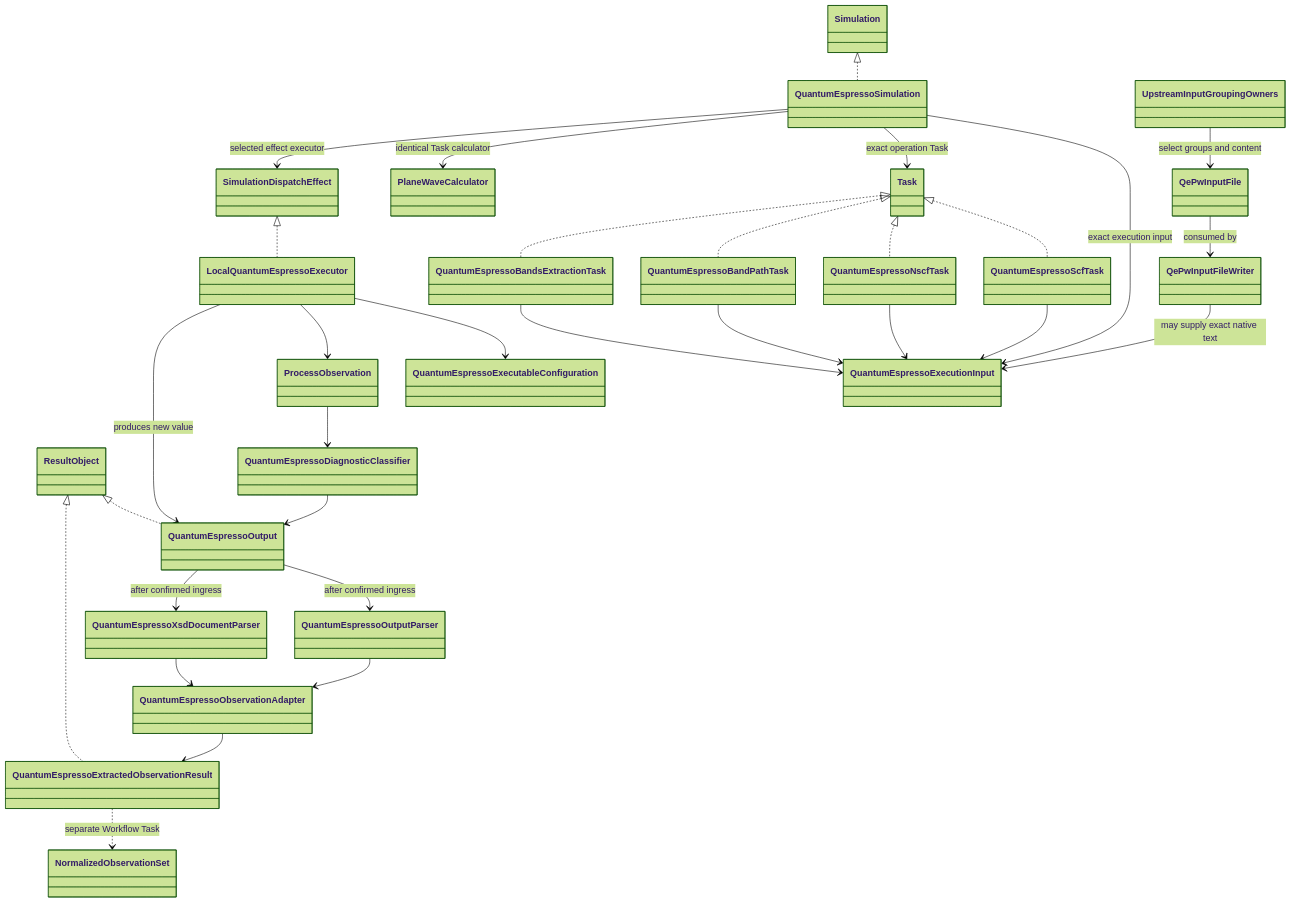
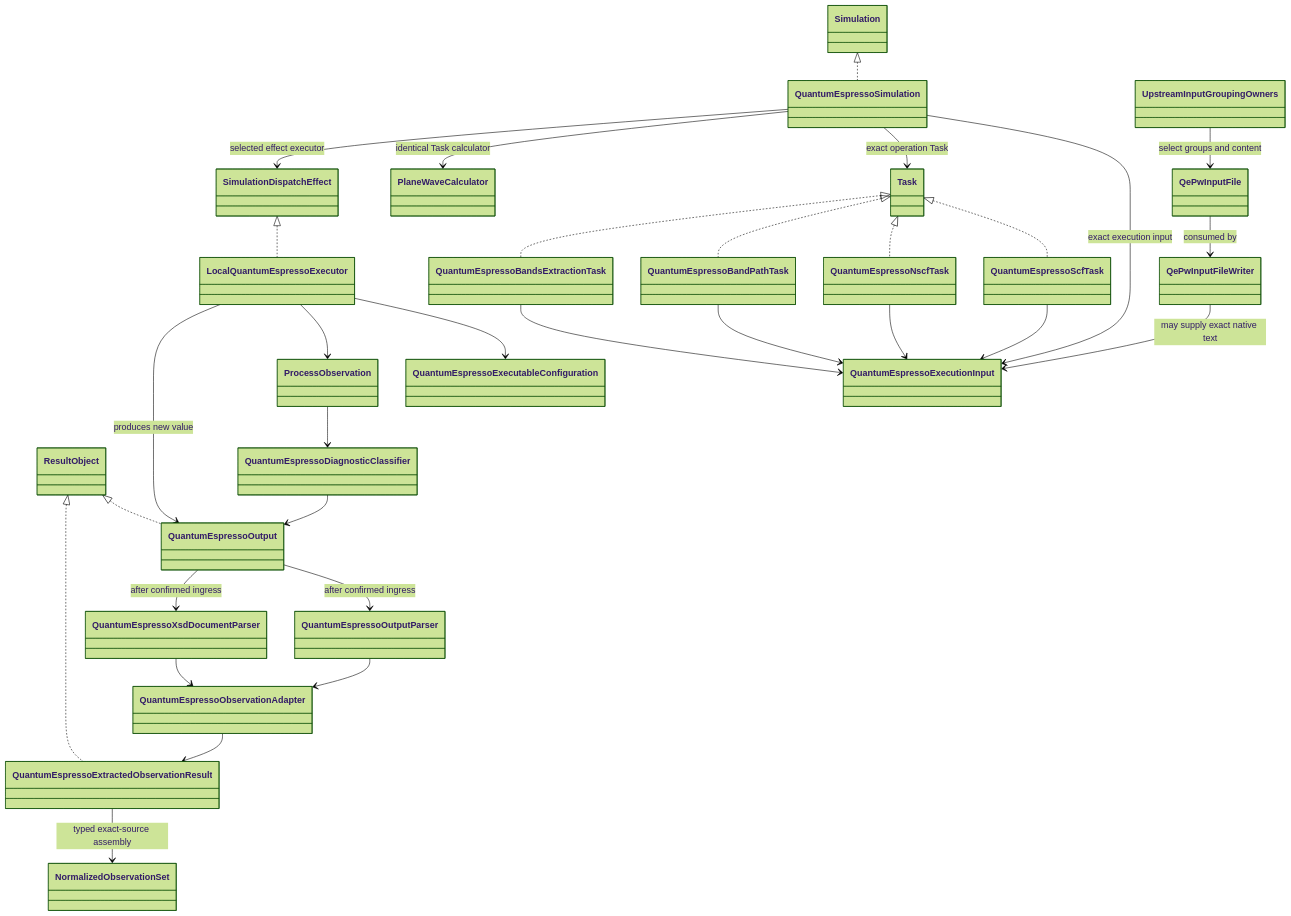
One commit to eragasa/ksdft2effmass changed the first of 2 diagrams in docs/architecture/v2/ksdft2effmass/calculators/quantum-espresso.md. Above: the diagram before and after it, drawn with Mermaid (forest theme). The commit also changed other lines of this file and 21 other files, not shown here.

Commit message:
feat: add normalized observation assembly

````diff
--- a/docs/architecture/v2/ksdft2effmass/calculators/quantum-espresso.md
+++ b/docs/architecture/v2/ksdft2effmass/calculators/quantum-espresso.md
@@ -20,58 +20,58 @@
 ```mermaid
 classDiagram
     class Task
     class Simulation
     class ResultObject
     class QuantumEspressoScfTask
     class QuantumEspressoNscfTask
     class QuantumEspressoBandPathTask
     class QuantumEspressoBandsExtractionTask
     class QuantumEspressoSimulation
     class UpstreamInputGroupingOwners
     class QePwInputFile
     class QePwInputFileWriter
     class QuantumEspressoExecutionInput
     class PlaneWaveCalculator
     class SimulationDispatchEffect
     class LocalQuantumEspressoExecutor
     class QuantumEspressoOutput
     class QuantumEspressoExecutableConfiguration
     class ProcessObservation
     class QuantumEspressoDiagnosticClassifier
     class QuantumEspressoOutputParser
     class QuantumEspressoXsdDocumentParser
     class QuantumEspressoObservationAdapter
     class QuantumEspressoExtractedObservationResult
     class NormalizedObservationSet
 
     Task <|.. QuantumEspressoScfTask
     Task <|.. QuantumEspressoNscfTask
     Task <|.. QuantumEspressoBandPathTask
     Task <|.. QuantumEspressoBandsExtractionTask
     Simulation <|.. QuantumEspressoSimulation
     QuantumEspressoScfTask --> QuantumEspressoExecutionInput
     QuantumEspressoNscfTask --> QuantumEspressoExecutionInput
     QuantumEspressoBandPathTask --> QuantumEspressoExecutionInput
     QuantumEspressoBandsExtractionTask --> QuantumEspressoExecutionInput
     UpstreamInputGroupingOwners --> QePwInputFile : select groups and content
     QePwInputFile --> QePwInputFileWriter : consumed by
     QePwInputFileWriter --> QuantumEspressoExecutionInput : may supply exact native text
     QuantumEspressoSimulation --> QuantumEspressoExecutionInput : exact execution input
     QuantumEspressoSimulation --> Task : exact operation Task
     QuantumEspressoSimulation --> PlaneWaveCalculator : identical Task calculator
     QuantumEspressoSimulation --> SimulationDispatchEffect : selected effect executor
     SimulationDispatchEffect <|.. LocalQuantumEspressoExecutor
     LocalQuantumEspressoExecutor --> QuantumEspressoExecutableConfiguration
     LocalQuantumEspressoExecutor --> ProcessObservation
     ProcessObservation --> QuantumEspressoDiagnosticClassifier
     QuantumEspressoDiagnosticClassifier --> QuantumEspressoOutput
     LocalQuantumEspressoExecutor --> QuantumEspressoOutput : produces new value
     ResultObject <|.. QuantumEspressoOutput
     QuantumEspressoOutput --> QuantumEspressoOutputParser : after confirmed ingress
     QuantumEspressoOutput --> QuantumEspressoXsdDocumentParser : after confirmed ingress
     QuantumEspressoOutputParser --> QuantumEspressoObservationAdapter
     QuantumEspressoXsdDocumentParser --> QuantumEspressoObservationAdapter
     QuantumEspressoObservationAdapter --> QuantumEspressoExtractedObservationResult
     ResultObject <|.. QuantumEspressoExtractedObservationResult
-    QuantumEspressoExtractedObservationResult ..> NormalizedObservationSet : separate Workflow Task
+    QuantumEspressoExtractedObservationResult --> NormalizedObservationSet : typed exact-source assembly
 ```
````
